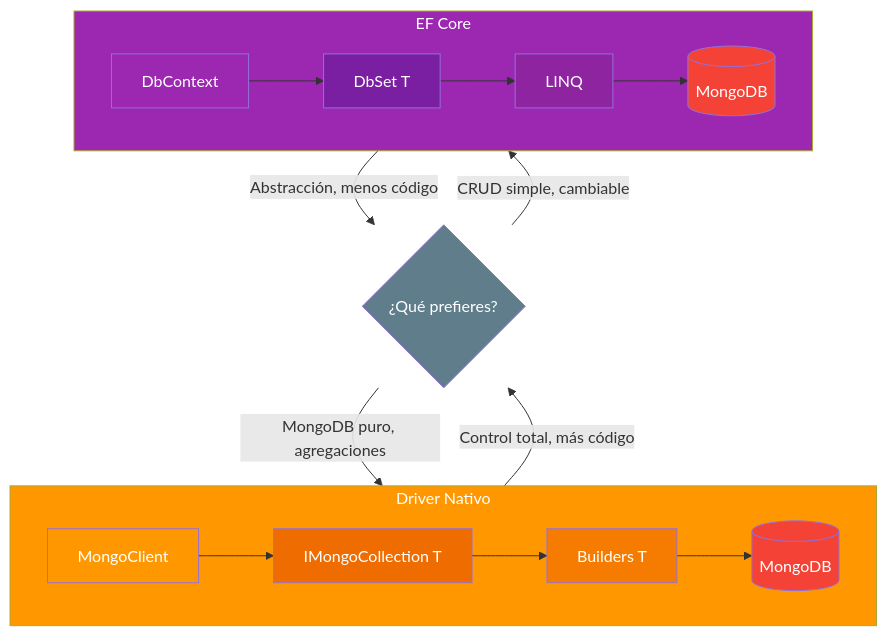
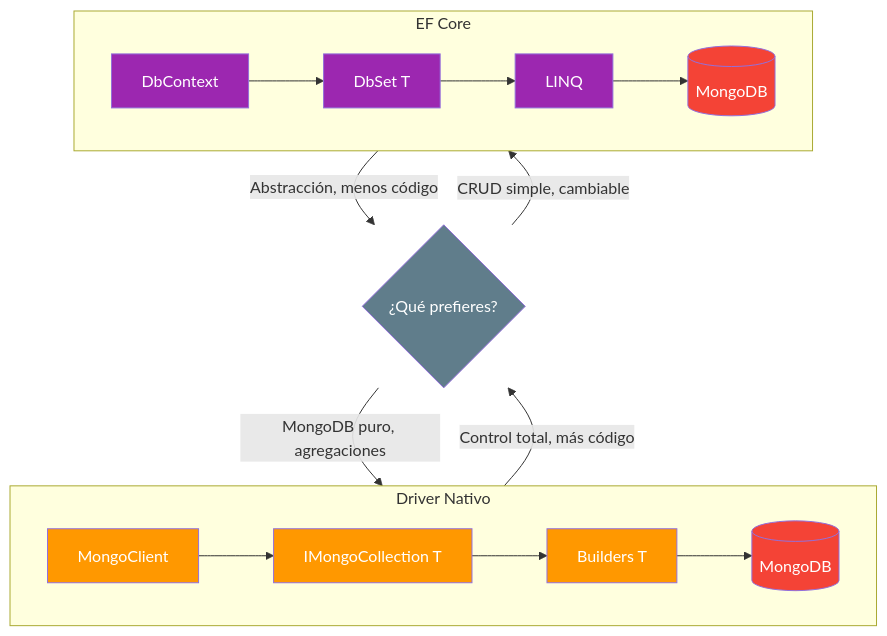
One commit to joseluisgs/DesarrolloWebEntornosServidor-02-2026-2027 changed the seventh of 9 diagrams in 13-mongodb.md. Above: the diagram before and after it, drawn with Mermaid. The commit also changed other lines of this file, not shown here.

````diff
--- a/13-mongodb.md
+++ b/13-mongodb.md
@@ -1174,32 +1167,30 @@
 ```mermaid
 graph TD
     subgraph DRIVER["Driver Nativo"]
         D1[MongoClient] --> D2[IMongoCollection T]
         D2 --> D3[Builders T]
         D3 --> D4[(MongoDB)]
     end
 
     subgraph EF["EF Core"]
         E1[DbContext] --> E2[DbSet T]
         E2 --> E3[LINQ]
         E3 --> E4[(MongoDB)]
     end
 
     DRIVER -->|"Control total, más código"| DEC{¿Qué prefieres?}
     EF -->|"Abstracción, menos código"| DEC
 
     DEC -->|"MongoDB puro, agregaciones"| DRIVER
     DEC -->|"CRUD simple, cambiable"| EF
 
-    style DRIVER fill:#FF9800,color:#fff
-    style EF fill:#9C27B0,color:#fff
     style D1 fill:#FF9800,color:#fff
-    style D2 fill:#EF6C00,color:#fff
-    style D3 fill:#F57C00,color:#fff
+    style D2 fill:#FF9800,color:#fff
+    style D3 fill:#FF9800,color:#fff
     style D4 fill:#f44336,color:#fff
     style E1 fill:#9C27B0,color:#fff
-    style E2 fill:#7B1FA2,color:#fff
-    style E3 fill:#8E24A0,color:#fff
+    style E2 fill:#9C27B0,color:#fff
+    style E3 fill:#9C27B0,color:#fff
     style E4 fill:#f44336,color:#fff
     style DEC fill:#607D8B,color:#fff
 ```
````
